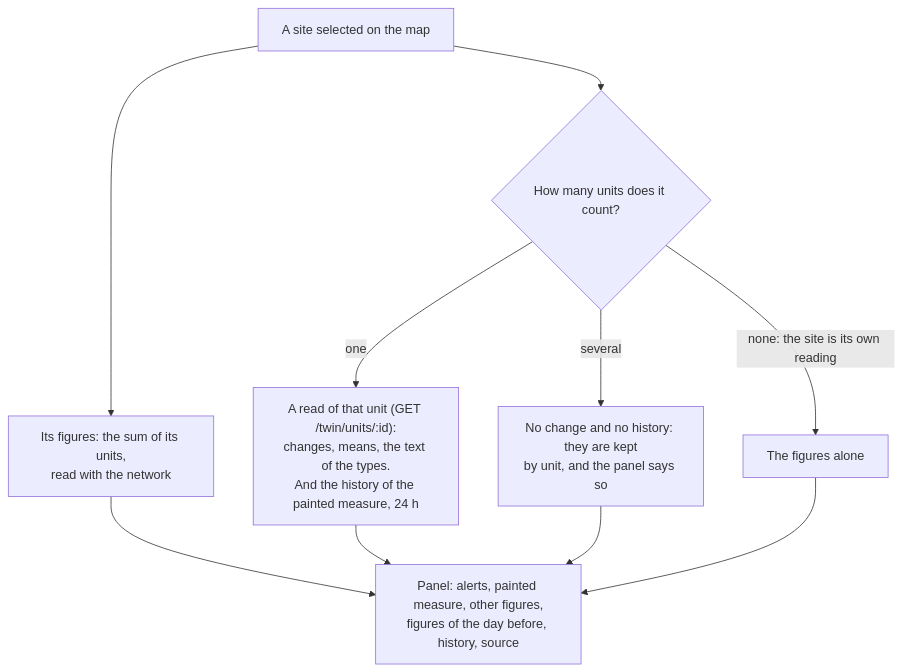
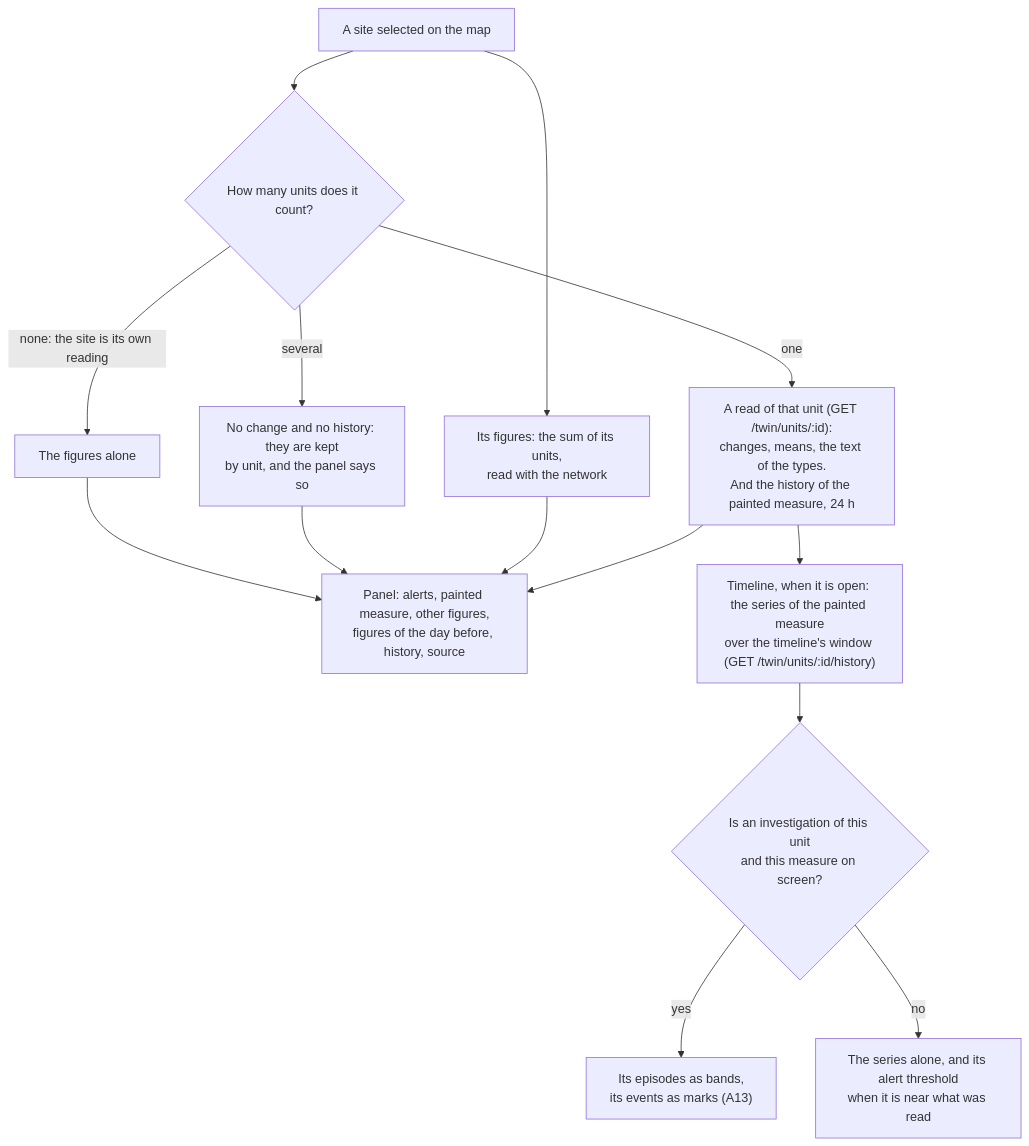
Before and after one commit to V1ktor7/obscyro: diagram 42 of 43 in frontend/content/docs/product/algorithms.md, drawn with Mermaid. The commit also changed other lines of this file and 33 other files, not shown here.

````diff
--- a/frontend/content/docs/product/algorithms.md
+++ b/frontend/content/docs/product/algorithms.md
@@ -1313,12 +1394,16 @@
 ```mermaid
 flowchart TD
     S["A site selected on the map"] --> V["Its figures: the sum of its units,<br/>read with the network"]
     S --> U{"How many units does it count?"}
     U -->|"one"| D["A read of that unit (GET /twin/units/:id):<br/>changes, means, the text of the types.<br/>And the history of the painted measure, 24 h"]
     U -->|"several"| N["No change and no history: they are kept<br/>by unit, and the panel says so"]
     U -->|"none: the site is its own reading"| Z["The figures alone"]
     D --> P["Panel: alerts, painted measure, other figures,<br/>figures of the day before, history, source"]
     V --> P
     N --> P
     Z --> P
+    D --> T["Timeline, when it is open: the series of the painted measure<br/>over the timeline's window (GET /twin/units/:id/history)"]
+    T --> I{"Is an investigation of this unit<br/>and this measure on screen?"}
+    I -->|"yes"| I1["Its episodes as bands,<br/>its events as marks (A13)"]
+    I -->|"no"| I2["The series alone, and its alert threshold<br/>when it is near what was read"]
 ```
````
